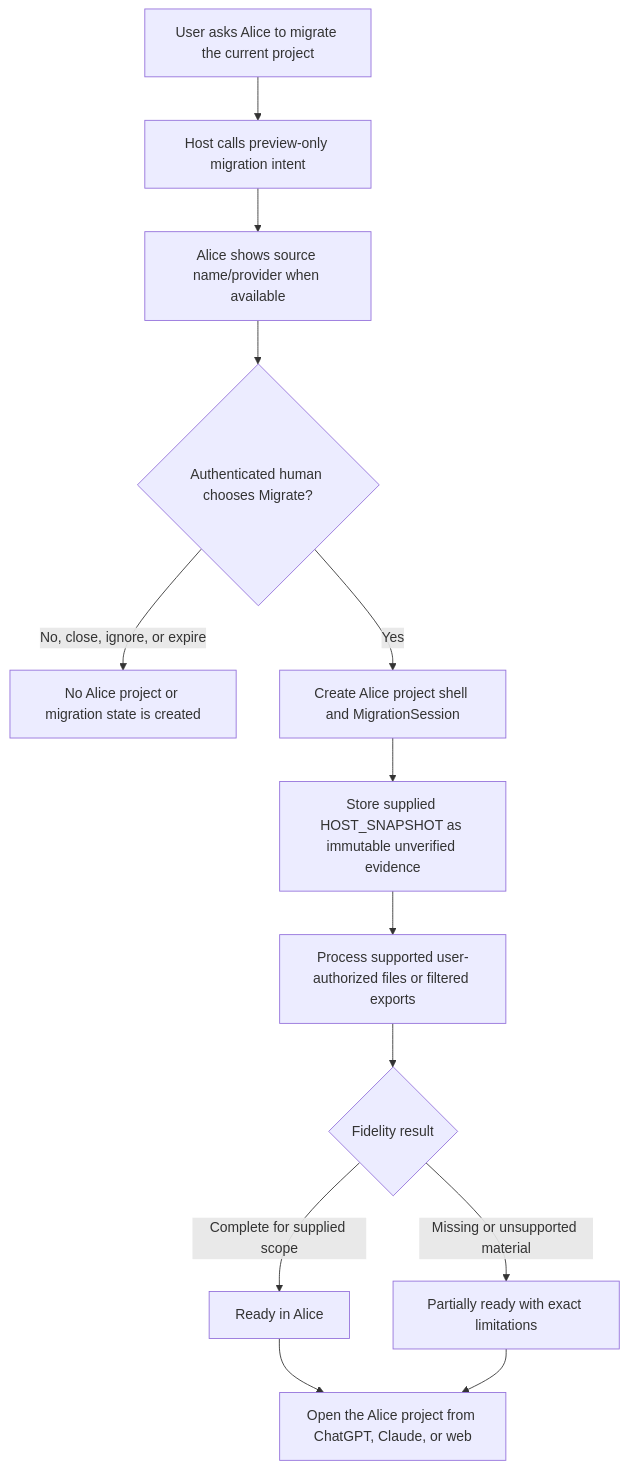
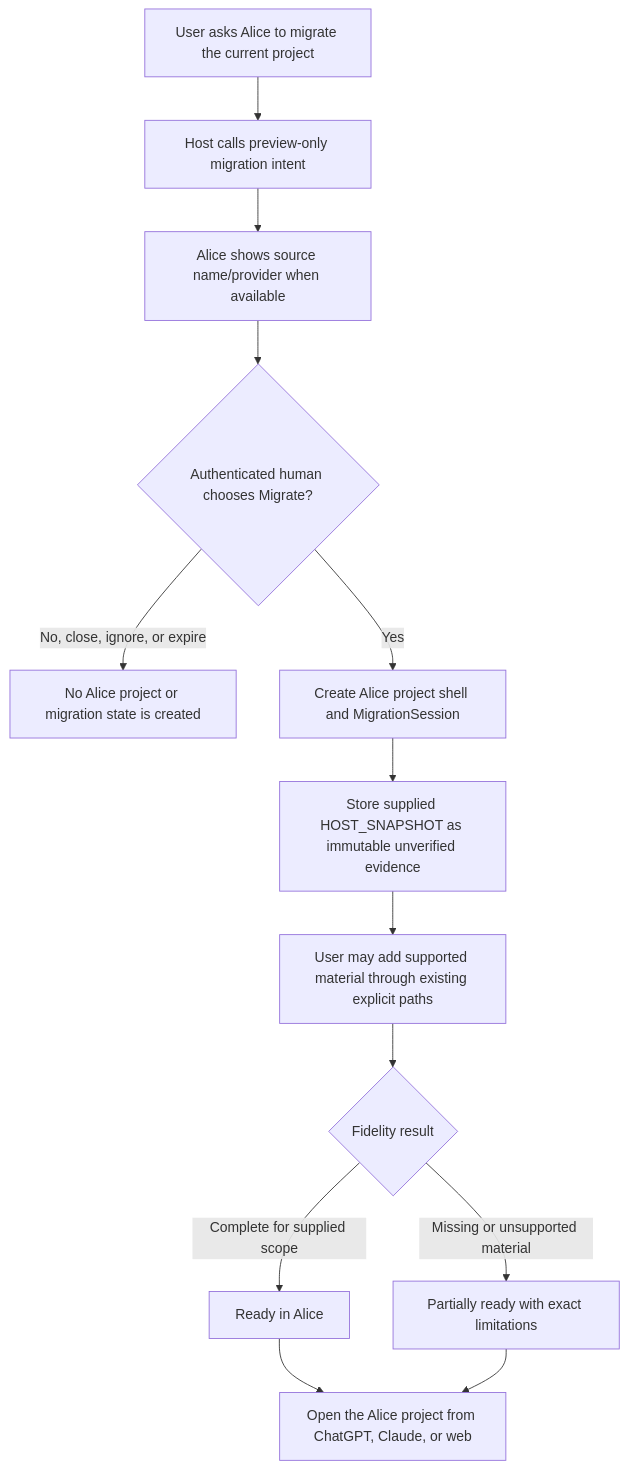
One commit to 0xkinley/alice-webApp changed the diagram in docs/project-migration-foundation.md. Above: the diagram before and after it, drawn with Mermaid. The commit also changed other lines of this file and 2 other files, not shown here.

````diff
--- a/docs/project-migration-foundation.md
+++ b/docs/project-migration-foundation.md
@@ -13,15 +51,15 @@
 ```mermaid
 flowchart TD
     A[User asks Alice to migrate the current project] --> B[Host calls preview-only migration intent]
     B --> C[Alice shows source name/provider when available]
     C --> D{Authenticated human chooses Migrate?}
     D -- No, close, ignore, or expire --> E[No Alice project or migration state is created]
     D -- Yes --> F[Create Alice project shell and MigrationSession]
     F --> G[Store supplied HOST_SNAPSHOT as immutable unverified evidence]
-    G --> H[Process supported user-authorized files or filtered exports]
+    G --> H[User may add supported material through existing explicit paths]
     H --> I{Fidelity result}
     I -- Complete for supplied scope --> J[Ready in Alice]
     I -- Missing or unsupported material --> K[Partially ready with exact limitations]
     J --> L[Open the Alice project from ChatGPT, Claude, or web]
     K --> L
 ```
````
